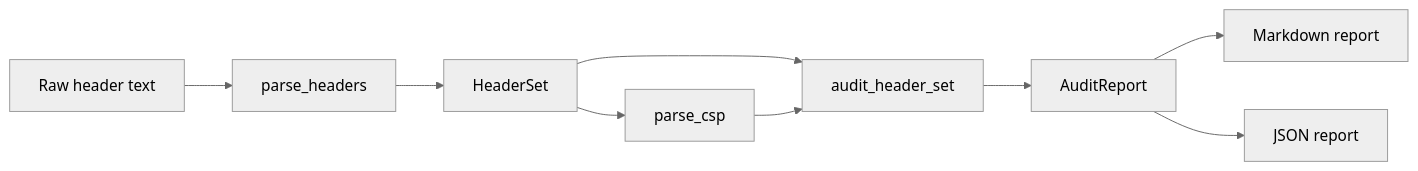
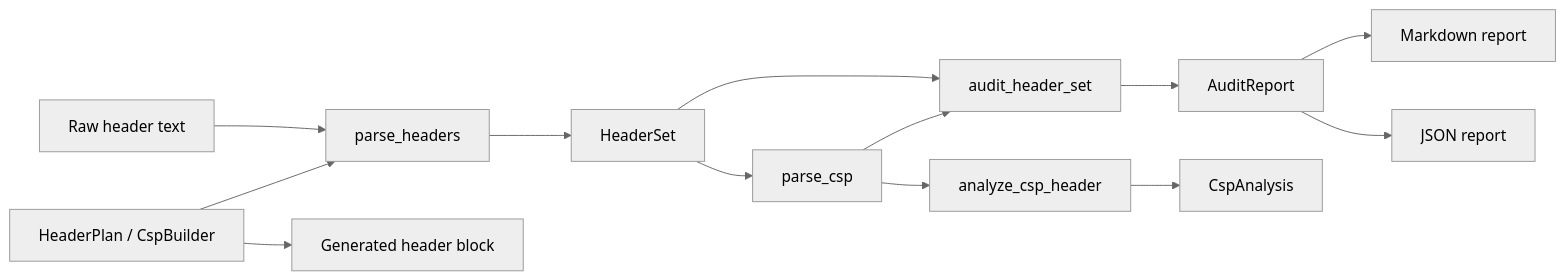
The diagram in docs/design.md (HYF-ai2006/moonsec-headers), drawn with Mermaid (neutral theme) before and after one commit. The commit also changed other lines of this file and 23 other files, not shown here.

````diff
--- a/docs/design.md
+++ b/docs/design.md
@@ -11,11 +13,15 @@
 ```mermaid
 flowchart LR
   A["Raw header text"] --> B["parse_headers"]
   B --> C["HeaderSet"]
   C --> D["parse_csp"]
   C --> E["audit_header_set"]
   D --> E
   E --> F["AuditReport"]
   F --> G["Markdown report"]
   F --> H["JSON report"]
+  D --> I["analyze_csp_header"]
+  I --> J["CspAnalysis"]
+  K["HeaderPlan / CspBuilder"] --> B
+  K --> L["Generated header block"]
 ```
````
